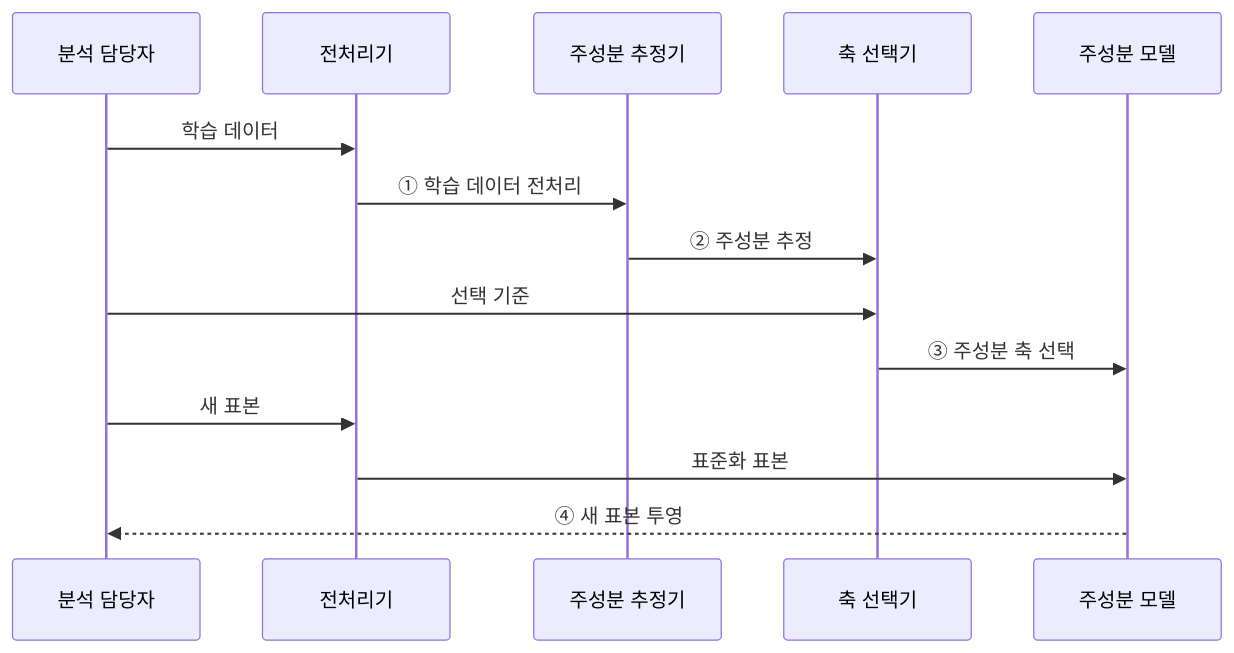
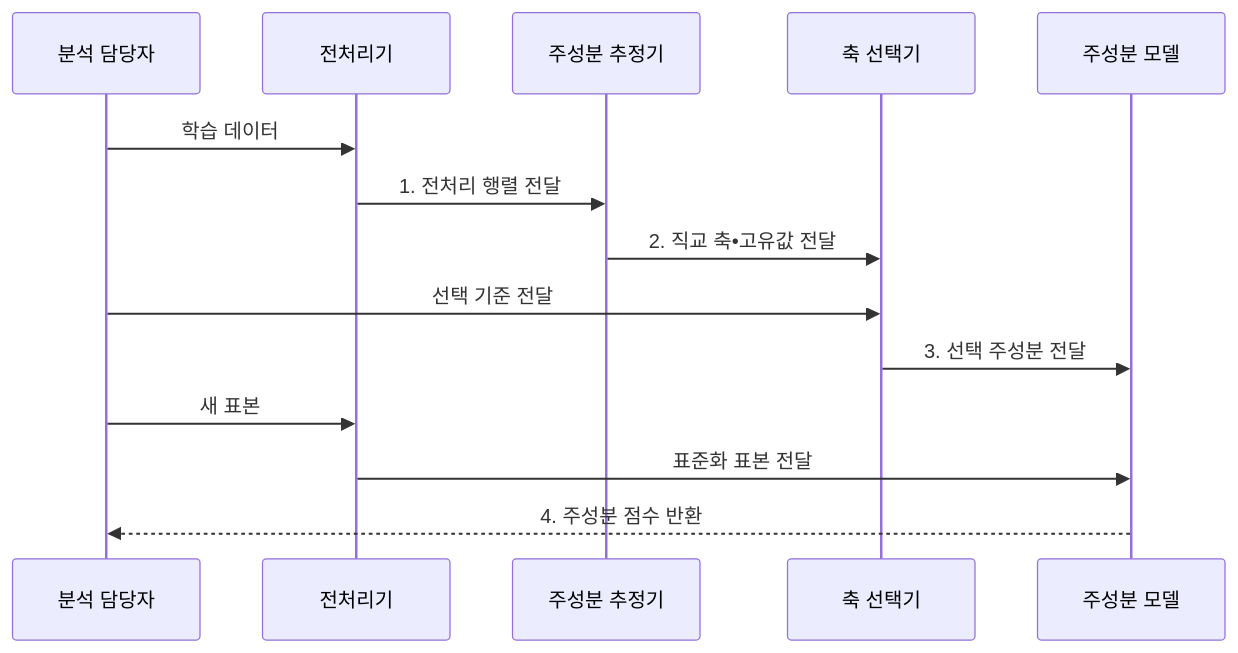
The second of 3 diagrams in src/content/docs/notes/01-basic-theory/036_pca.md (agnusdei1207/knowledge-base), drawn with Mermaid before and after one commit. The commit also changed other lines of this file and 20 other files, not shown here.

````diff
--- a/src/content/docs/notes/01-basic-theory/036_pca.md
+++ b/src/content/docs/notes/01-basic-theory/036_pca.md
@@ -93,16 +89,16 @@
 ```mermaid
 sequenceDiagram
     participant A as 분석 담당자
     participant T as 전처리기
     participant E as 주성분 추정기
     participant K as 축 선택기
     participant M as 주성분 모델
     A->>T: 학습 데이터
-    T->>E: ① 학습 데이터 전처리
-    E->>K: ② 주성분 추정
-    A->>K: 선택 기준
-    K->>M: ③ 주성분 축 선택
+    T->>E: 1. 전처리 행렬 전달
+    E->>K: 2. 직교 축•고유값 전달
+    A->>K: 선택 기준 전달
+    K->>M: 3. 선택 주성분 전달
     A->>T: 새 표본
-    T->>M: 표준화 표본
-    M-->>A: ④ 새 표본 투영
+    T->>M: 표준화 표본 전달
+    M-->>A: 4. 주성분 점수 반환
 ```
````
